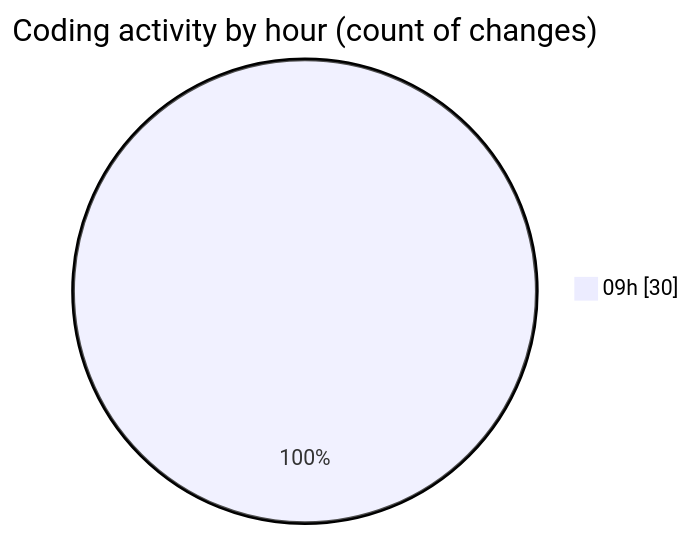
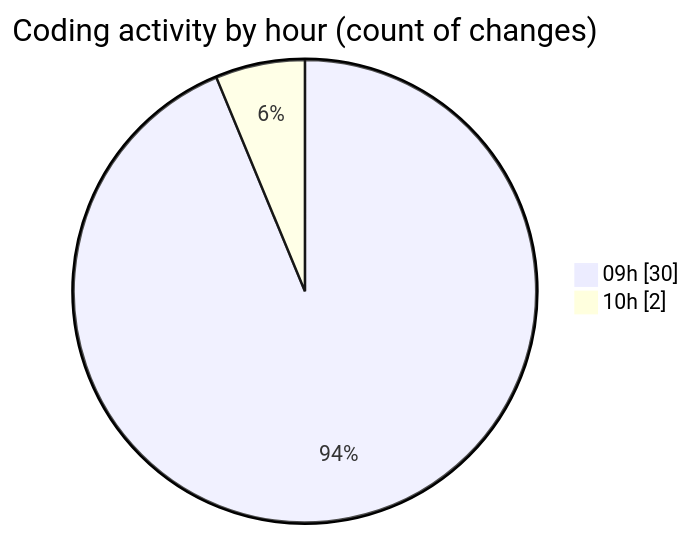
Before and after one commit to momahboobian/code-tracking: the second of 2 diagrams in 2025-03-05/cda/README.md, drawn with Mermaid. The commit also changed other lines of this file and 1 other file, not shown here.

````diff
--- a/2025-03-05/cda/README.md
+++ b/2025-03-05/cda/README.md
@@ -38,5 +38,6 @@
 ```mermaid
 pie showData
 title Coding activity by hour (count of changes)
 "09h" : 30
+"10h" : 2
 ```
````
